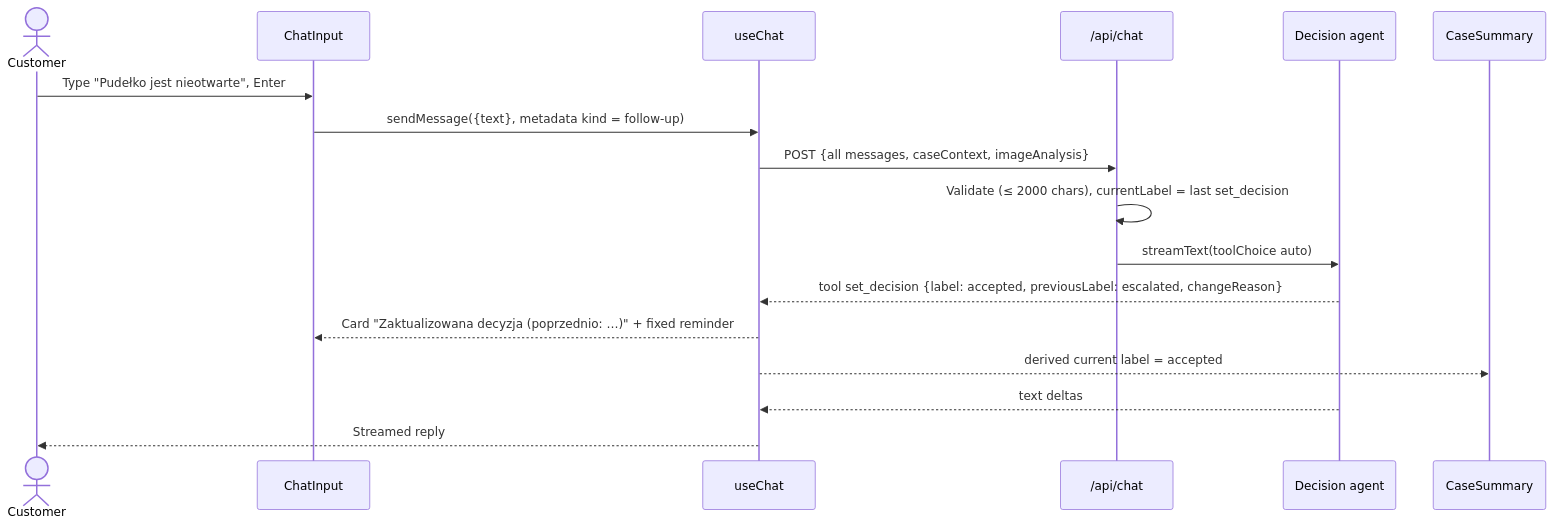
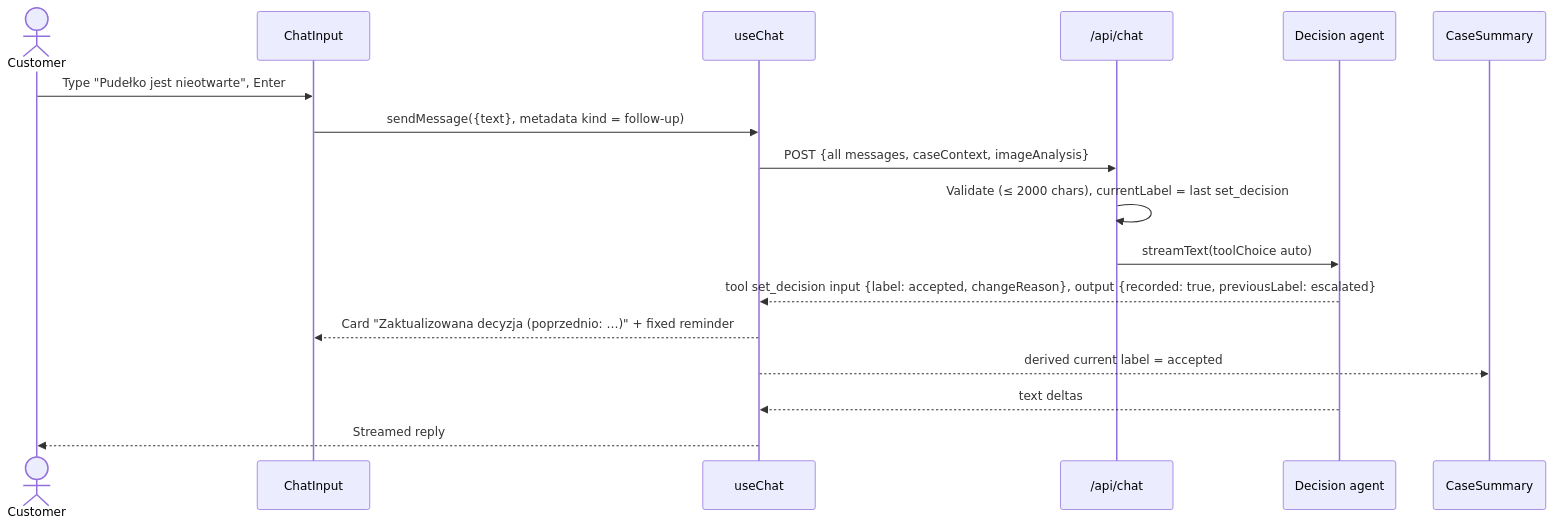
Before and after one commit to LucasMatuszewski/jsystems-claude-code-2026-10: the fifth of 7 diagrams in docs/ADR/000-main-architecture.md, drawn with Mermaid. The commit also changed other lines of this file and 4 other files, not shown here.

````diff
--- a/docs/ADR/000-main-architecture.md
+++ b/docs/ADR/000-main-architecture.md
@@ -461,20 +461,20 @@
 ```mermaid
 sequenceDiagram
     actor C as Customer
     participant CI as ChatInput
     participant UC as useChat
     participant CH as /api/chat
     participant DA as Decision agent
     participant SUM as CaseSummary
 
     C->>CI: Type "Pudełko jest nieotwarte", Enter
     CI->>UC: sendMessage({text}, metadata kind = follow-up)
     UC->>CH: POST {all messages, caseContext, imageAnalysis}
     CH->>CH: Validate (≤ 2000 chars), currentLabel = last set_decision
     CH->>DA: streamText(toolChoice auto)
-    DA-->>UC: tool set_decision {label: accepted, previousLabel: escalated, changeReason}
+    DA-->>UC: tool set_decision input {label: accepted, changeReason}, output {recorded: true, previousLabel: escalated}
     UC-->>CI: Card "Zaktualizowana decyzja (poprzednio: …)" + fixed reminder
     UC-->>SUM: derived current label = accepted
     DA-->>UC: text deltas
     UC-->>C: Streamed reply
 ```
````
